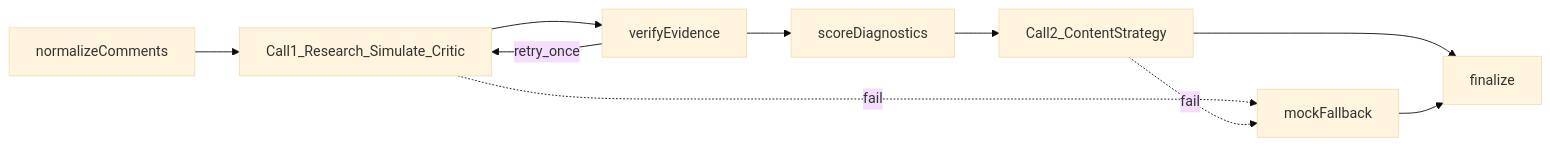
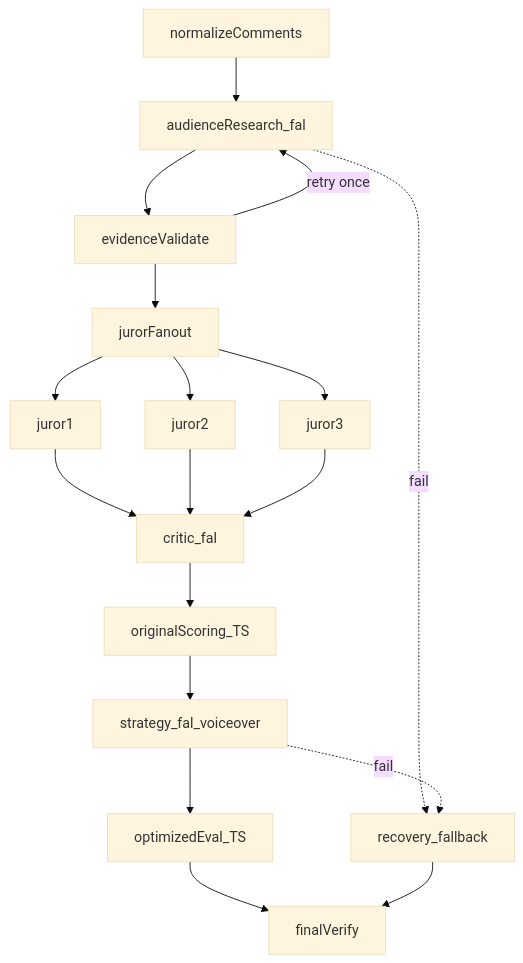
Before and after one commit to harshjoshi23/Thunder: the second of 4 diagrams in docs/architecture.md, drawn with Mermaid (base theme). The commit also changed other lines of this file and 47 other files, not shown here.

````diff
--- a/docs/architecture.md
+++ b/docs/architecture.md
@@ -47,12 +56,20 @@
 ```mermaid
-flowchart LR
-  N[normalizeComments] --> A[Call1_Research_Simulate_Critic]
-  A --> V[verifyEvidence]
-  V -->|retry_once| A
-  V --> S[scoreDiagnostics]
-  S --> C[Call2_ContentStrategy]
-  C --> F[finalize]
-  A -.->|fail| M[mockFallback]
-  C -.->|fail| M
-  M --> F
+flowchart TB
+  N[normalizeComments] --> A[audienceResearch_fal]
+  A --> E[evidenceValidate]
+  E -->|retry once| A
+  E --> F[jurorFanout]
+  F --> J1[juror1]
+  F --> J2[juror2]
+  F --> J3[juror3]
+  J1 --> C[critic_fal]
+  J2 --> C
+  J3 --> C
+  C --> S[originalScoring_TS]
+  S --> ST[strategy_fal_voiceover]
+  ST --> O[optimizedEval_TS]
+  O --> V[finalVerify]
+  A -.->|fail| M[recovery_fallback]
+  ST -.->|fail| M
+  M --> V
 ```
````
